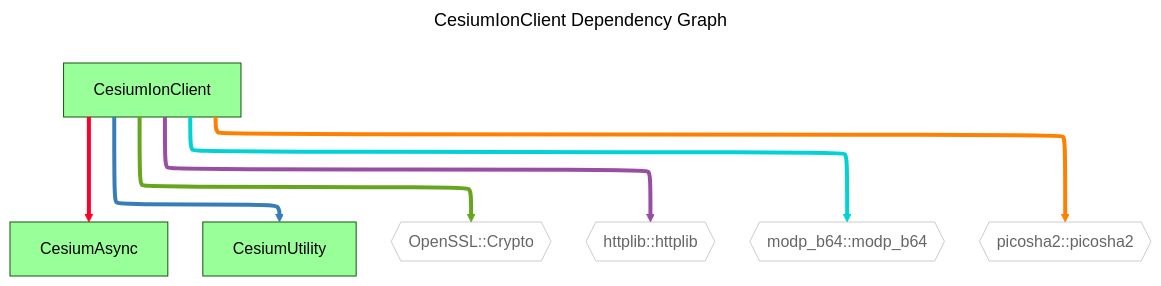
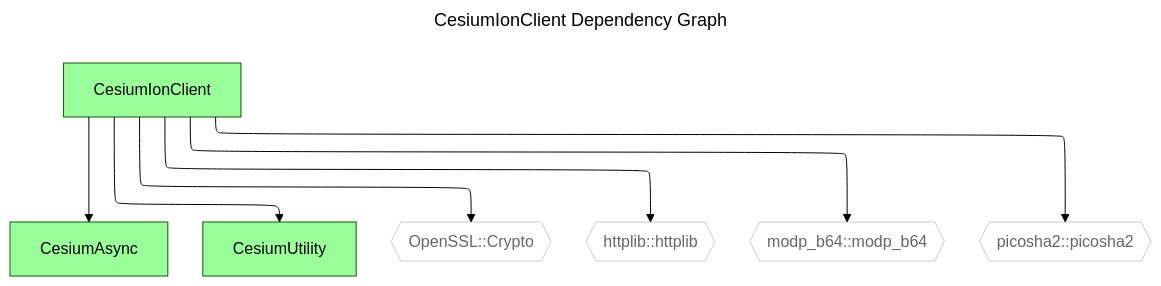
The diagram in doc/diagrams/dependencies/CesiumIonClient.mmd (CesiumGS/cesium-native), drawn with Mermaid (forest theme) before and after one commit. The commit also changed 19 other files, not shown here.

Commit message:
README formatting, no colors for target dependency graphs

```diff
--- a/doc/diagrams/dependencies/CesiumIonClient.mmd
+++ b/doc/diagrams/dependencies/CesiumIonClient.mmd
@@ -1,22 +1,16 @@
 ---
 config:
   layout: elk
 title: CesiumIonClient Dependency Graph
 ---
 graph TD
   classDef dependencyNode fill:#fff,stroke:#ccc,color:#666
   classDef libraryNode fill:#9f9
   CesiumIonClient[CesiumIonClient] --> CesiumAsync[CesiumAsync]
   CesiumIonClient[CesiumIonClient] --> CesiumUtility[CesiumUtility]
   CesiumIonClient[CesiumIonClient] --> OpenSSL_Crypto{{OpenSSL::Crypto}}
   CesiumIonClient[CesiumIonClient] --> httplib_httplib{{httplib::httplib}}
   CesiumIonClient[CesiumIonClient] --> modp_b64_modp_b64{{modp_b64::modp_b64}}
   CesiumIonClient[CesiumIonClient] --> picosha2_picosha2{{picosha2::picosha2}}
   class OpenSSL_Crypto,httplib_httplib,modp_b64_modp_b64,picosha2_picosha2 dependencyNode
   class CesiumAsync,CesiumUtility,CesiumIonClient libraryNode
-  linkStyle 0 stroke:#ff0029,stroke-width:4px
-  linkStyle 1 stroke:#377eb8,stroke-width:4px
-  linkStyle 2 stroke:#66a61e,stroke-width:4px
-  linkStyle 3 stroke:#984ea3,stroke-width:4px
-  linkStyle 4 stroke:#00d2d5,stroke-width:4px
-  linkStyle 5 stroke:#ff7f00,stroke-width:4px
```
